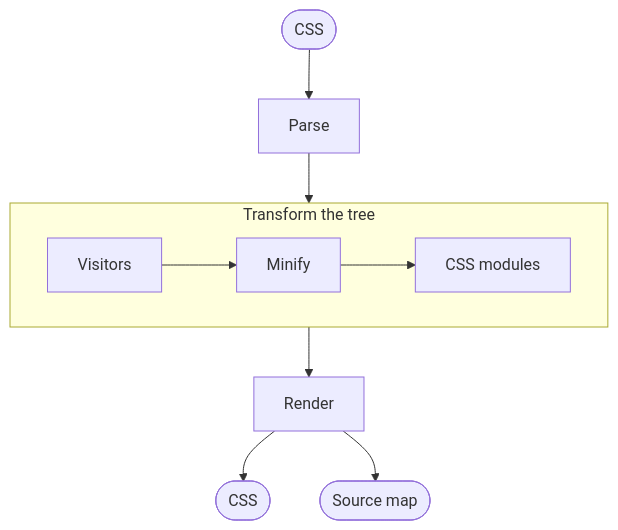
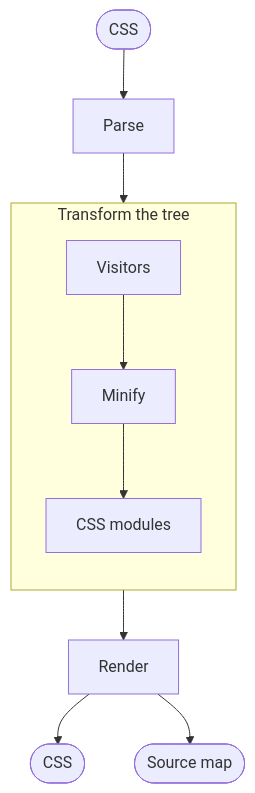
One commit to tbela99/css-parser changed the diagram in files/architecture.md. Above: the diagram before and after it, drawn with Mermaid. The commit also changed 3 other files, not shown here.

````diff
--- a/files/architecture.md
+++ b/files/architecture.md
@@ -12,15 +12,15 @@
 ```mermaid
 flowchart TB
     Input(["CSS"]) --> Parse["Parse"]
 
     subgraph Transform["Transform the tree"]
-        direction LR
+        direction TB
         Visitors["Visitors"] --> Minify["Minify"]
         Minify --> Modules["CSS modules"]
     end
 
     Parse --> Transform
     Transform --> Render["Render"]
     Render --> Output(["CSS"])
     Render --> SourceMap(["Source map"])
 ```
````
